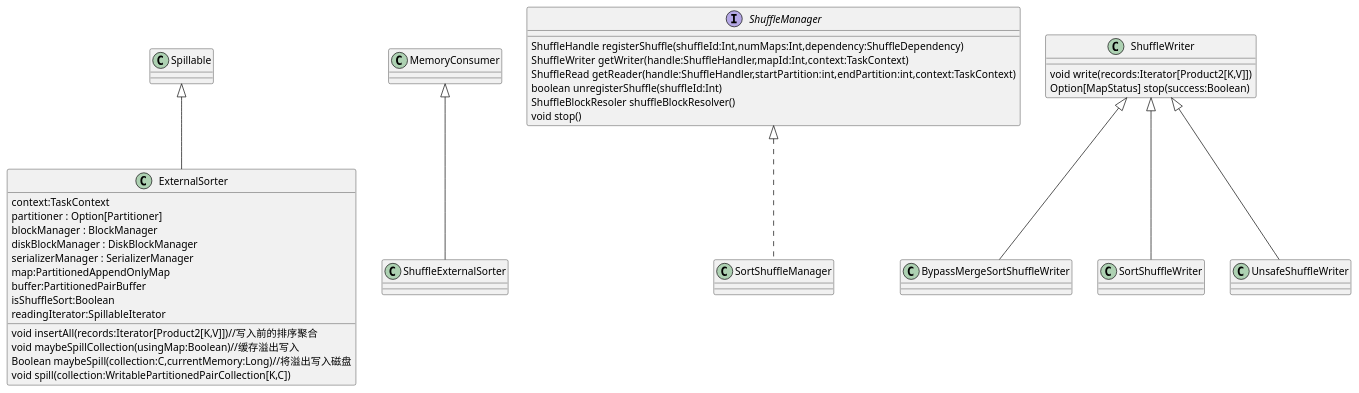
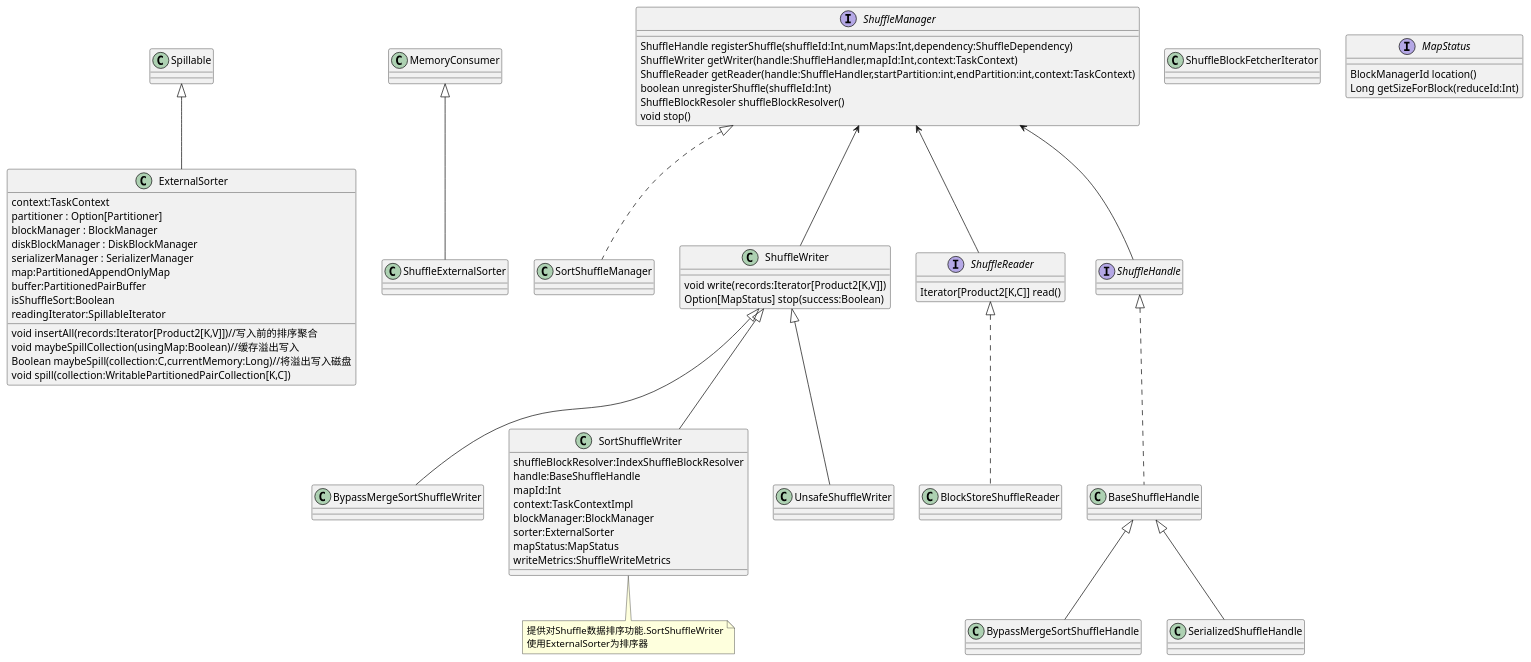
The third of 3 diagrams in it/spark/sources/uml/shuffle.org (wult/org_doc), drawn with PlantUML before and after one commit. The commit also changed 9 other files, not shown here.

```diff
--- a/it/spark/sources/uml/shuffle.org
+++ b/it/spark/sources/uml/shuffle.org
@@ -231,7 +231,7 @@
 interface ShuffleManager {
     ShuffleHandle registerShuffle(shuffleId:Int,numMaps:Int,dependency:ShuffleDependency)
     ShuffleWriter getWriter(handle:ShuffleHandler,mapId:Int,context:TaskContext)
-    ShuffleRead getReader(handle:ShuffleHandler,startPartition:int,endPartition:int,context:TaskContext)
+    ShuffleReader getReader(handle:ShuffleHandler,startPartition:int,endPartition:int,context:TaskContext)
     boolean unregisterShuffle(shuffleId:Int)
     ShuffleBlockResoler shuffleBlockResolver()
     void stop()
@@ -240,7 +240,6 @@
 class SortShuffleManager {
 
 }
-
 
 
 class ShuffleWriter {
@@ -253,14 +252,63 @@
 }
 
 class SortShuffleWriter {
-
+    shuffleBlockResolver:IndexShuffleBlockResolver
+    handle:BaseShuffleHandle
+    mapId:Int
+    context:TaskContextImpl
+    blockManager:BlockManager
+    sorter:ExternalSorter
+    mapStatus:MapStatus
+    writeMetrics:ShuffleWriteMetrics
 }
+note bottom of SortShuffleWriter 
+提供对Shuffle数据排序功能.SortShuffleWriter
+使用ExternalSorter为排序器
+end note
 
 class UnsafeShuffleWriter {
 
 }
 
+ShuffleManager <-- ShuffleWriter
 ShuffleWriter <|-- BypassMergeSortShuffleWriter
 ShuffleWriter <|-- SortShuffleWriter
 ShuffleWriter <|-- UnsafeShuffleWriter
+
+interface ShuffleReader {
+    Iterator[Product2[K,C]] read()
+}
+
+class BlockStoreShuffleReader {
+
+}
+
+ShuffleManager <-- ShuffleReader
+ShuffleReader <|.. BlockStoreShuffleReader
+
+class ShuffleBlockFetcherIterator {
+
+}
+
+interface ShuffleHandle {
+
+}
+
+class BaseShuffleHandle {
+}
+
+class BypassMergeSortShuffleHandle {
+}
+class SerializedShuffleHandle {
+}
+
+ShuffleManager <-- ShuffleHandle
+ShuffleHandle <|.. BaseShuffleHandle
+BaseShuffleHandle <|-- BypassMergeSortShuffleHandle
+BaseShuffleHandle <|-- SerializedShuffleHandle
+
+interface MapStatus {
+  BlockManagerId location()
+  Long getSizeForBlock(reduceId:Int)
+}
 #+END_SRC
```
